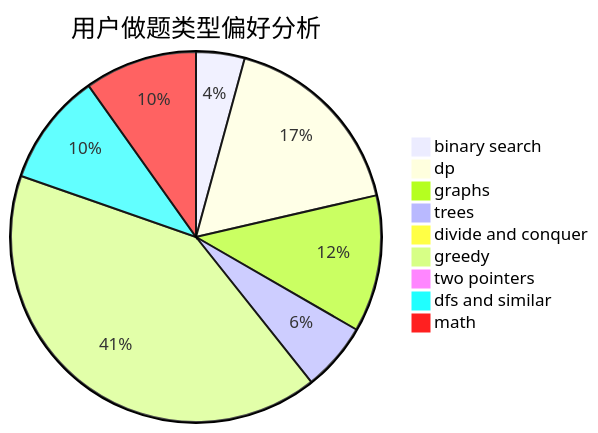
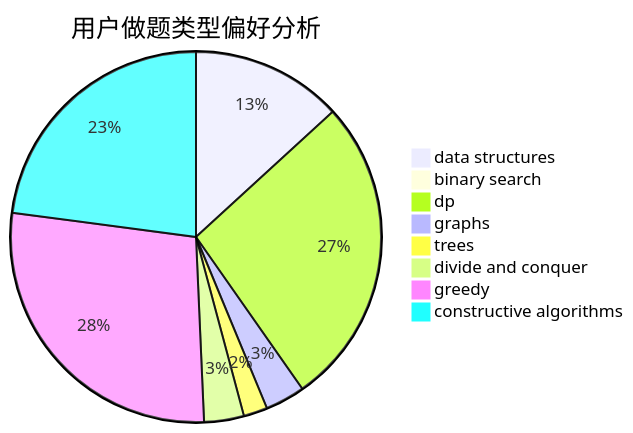
The second of 3 diagrams in docs/user/u2653.md (sherpahu/cfrs.github.io), drawn with Mermaid before and after one commit. The commit also changed other lines of this file and 2775 other files, not shown here.

````diff
--- a/docs/user/u2653.md
+++ b/docs/user/u2653.md
@@ -23,12 +23,11 @@
 ```mermaid
 pie title 用户做题类型偏好分析
-    "binary search" :  22
-    "dp" :  89
-    "graphs" :  62
-    "trees" :  31
+    "data structures" :  19
+    "binary search" :  0
+    "dp" :  39
+    "graphs" :  5
+    "trees" :  3
     "divide and conquer" :  5
-    "greedy" :  213
-    "two pointers" :  0
-    "dfs and similar" :  51
-    "math" :  51
+    "greedy" :  40
+    "constructive algorithms" :  33
 ```
````
